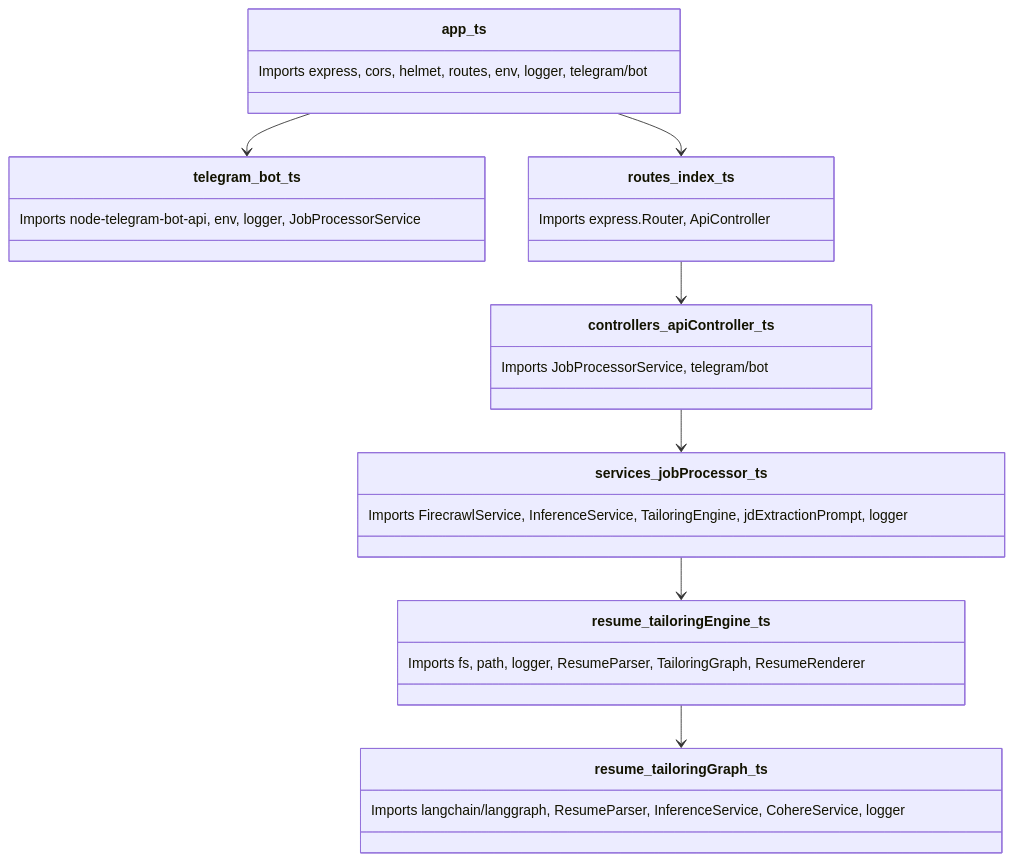
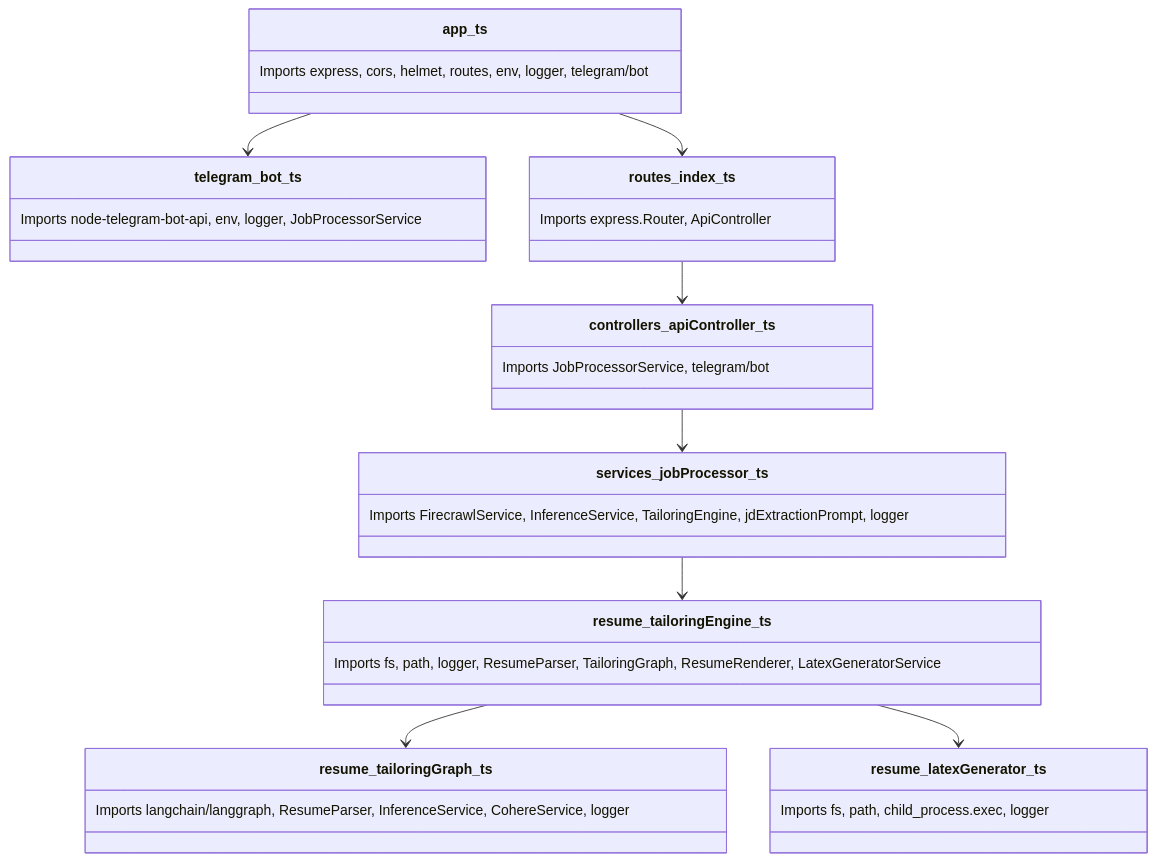
One commit to satyyam01/job-bot changed the second of 2 diagrams in docs/ARCHITECTURE_MAP.md. Above: the diagram before and after it, drawn with Mermaid. The commit also changed other lines of this file and 19 other files, not shown here.

````diff
--- a/docs/ARCHITECTURE_MAP.md
+++ b/docs/ARCHITECTURE_MAP.md
@@ -106,31 +111,35 @@
 ```mermaid
 classDiagram
     class app_ts {
         Imports express, cors, helmet, routes, env, logger, telegram/bot
     }
     class telegram_bot_ts {
         Imports node-telegram-bot-api, env, logger, JobProcessorService
     }
     class routes_index_ts {
         Imports express.Router, ApiController
     }
     class controllers_apiController_ts {
         Imports JobProcessorService, telegram/bot
     }
     class services_jobProcessor_ts {
         Imports FirecrawlService, InferenceService, TailoringEngine, jdExtractionPrompt, logger
     }
     class resume_tailoringEngine_ts {
-        Imports fs, path, logger, ResumeParser, TailoringGraph, ResumeRenderer
+        Imports fs, path, logger, ResumeParser, TailoringGraph, ResumeRenderer, LatexGeneratorService
+    }
+    class resume_latexGenerator_ts {
+        Imports fs, path, child_process.exec, logger
     }
     class resume_tailoringGraph_ts {
         Imports langchain/langgraph, ResumeParser, InferenceService, CohereService, logger
     }
 
     app_ts --> routes_index_ts
     app_ts --> telegram_bot_ts
     routes_index_ts --> controllers_apiController_ts
     controllers_apiController_ts --> services_jobProcessor_ts
     services_jobProcessor_ts --> resume_tailoringEngine_ts
     resume_tailoringEngine_ts --> resume_tailoringGraph_ts
+    resume_tailoringEngine_ts --> resume_latexGenerator_ts
 ```
````
